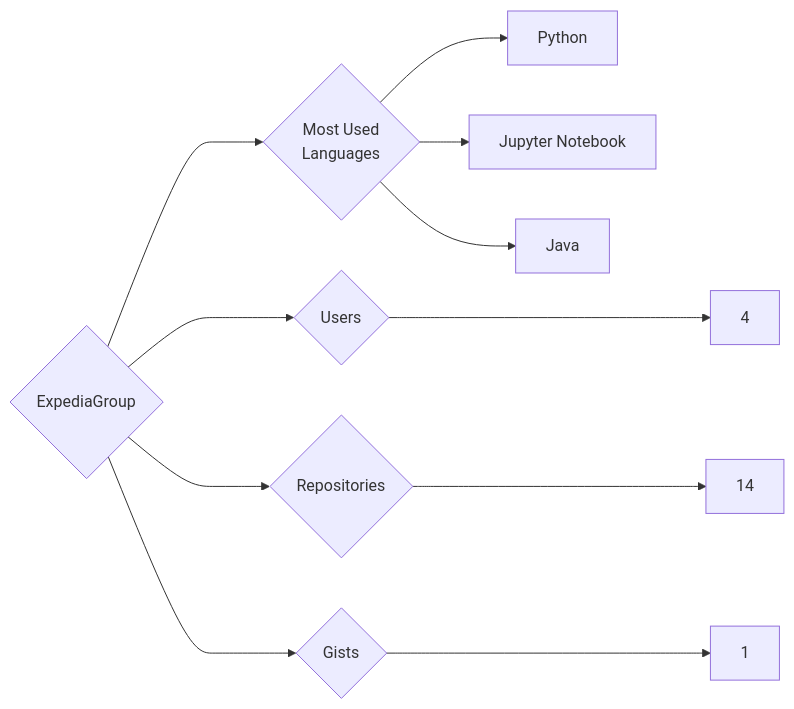
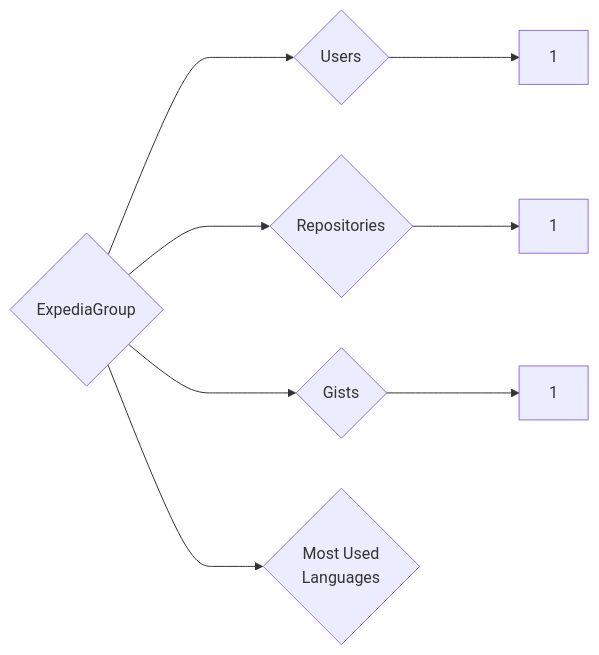
One commit to trickest/insiders changed the diagram in targets/ExpediaGroup/README.md. Above: the diagram before and after it, drawn with Mermaid. The commit also changed 1003 other files, not shown here.

````diff
--- a/targets/ExpediaGroup/README.md
+++ b/targets/ExpediaGroup/README.md
@@ -3,11 +3,8 @@
 ```mermaid
 graph LR
 COMPANY_NAME{ExpediaGroup}
-COMPANY_NAME ---> U{Users} ---> UN[4]
-COMPANY_NAME ---> R{Repositories} ---> RN[14]
+COMPANY_NAME ---> U{Users} ---> UN[1]
+COMPANY_NAME ---> R{Repositories} ---> RN[1]
 COMPANY_NAME ---> G{Gists} ---> GN[1]
 COMPANY_NAME ---> ML{Most Used<br>Languages}
-ML --> Python[Python]
-ML --> Jupyter_Notebook[Jupyter Notebook]
-ML --> Java[Java]
 ```
````
